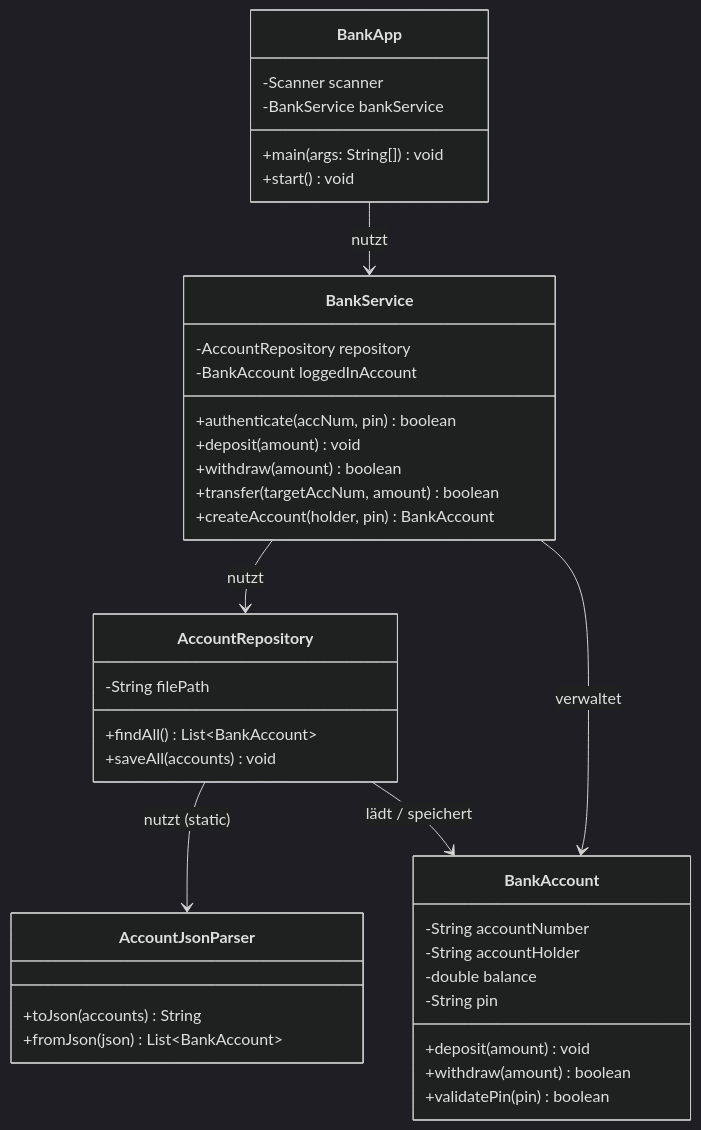
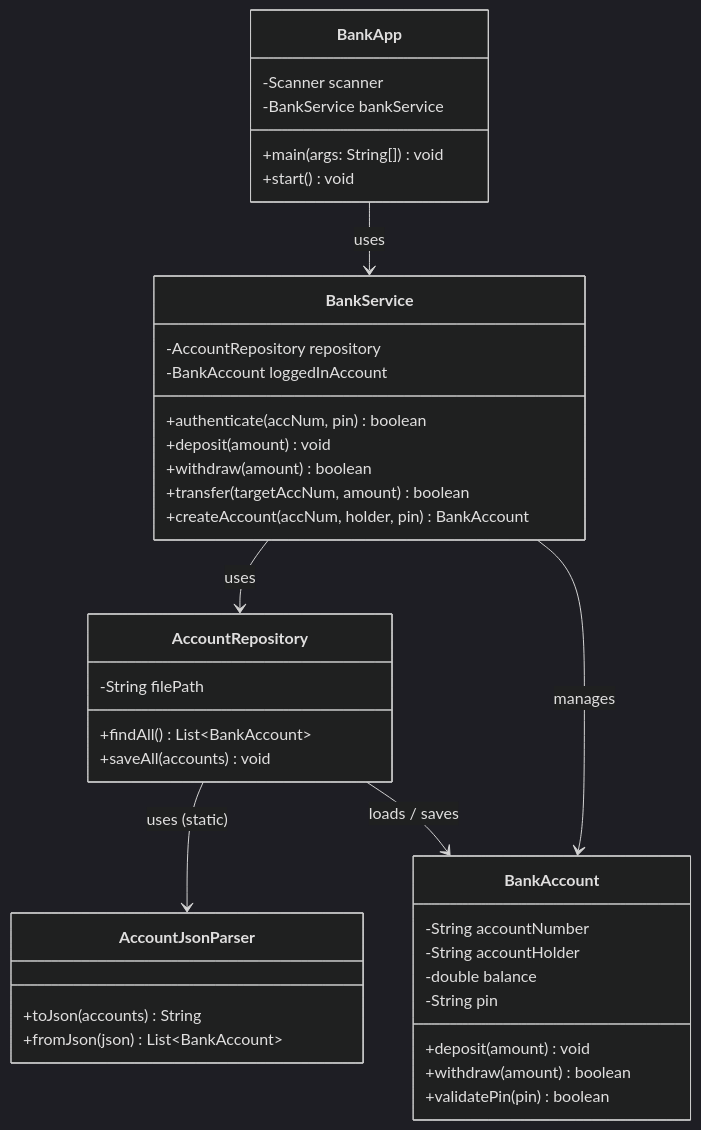
The first of 2 diagrams in 02-bank-account-management/README.md (AMetolli/java-1z0-811-projects), drawn with Mermaid (dark theme) before and after one commit. The commit also changed other lines of this file, not shown here.

First line of the commit message:
Revise README for Banking Account Management System

````diff
--- a/02-bank-account-management/README.md
+++ b/02-bank-account-management/README.md
@@ -3,46 +23,46 @@
 ```mermaid
 classDiagram
     class BankApp {
         -Scanner scanner
         -BankService bankService
         +main(args: String[]) void
         +start() void
     }
 
     class BankService {
         -AccountRepository repository
         -BankAccount loggedInAccount
         +authenticate(accNum, pin) boolean
         +deposit(amount) void
         +withdraw(amount) boolean
         +transfer(targetAccNum, amount) boolean
-        +createAccount(holder, pin) BankAccount
+        +createAccount(accNum, holder, pin) BankAccount
     }
 
     class AccountRepository {
         -String filePath
         +findAll() List~BankAccount~
         +saveAll(accounts) void
     }
 
     class AccountJsonParser {
         +toJson(accounts) String
         +fromJson(json) List~BankAccount~
     }
 
     class BankAccount {
         -String accountNumber
         -String accountHolder
         -double balance
         -String pin
         +deposit(amount) void
         +withdraw(amount) boolean
         +validatePin(pin) boolean
     }
 
-    BankApp --> BankService : nutzt
-    BankService --> AccountRepository : nutzt
-    BankService --> BankAccount : verwaltet
-    AccountRepository --> AccountJsonParser : nutzt (static)
-    AccountRepository --> BankAccount : lädt / speichert
+    BankApp --> BankService : uses
+    BankService --> AccountRepository : uses
+    BankService --> BankAccount : manages
+    AccountRepository --> AccountJsonParser : uses (static)
+    AccountRepository --> BankAccount : loads / saves
 ```
````
